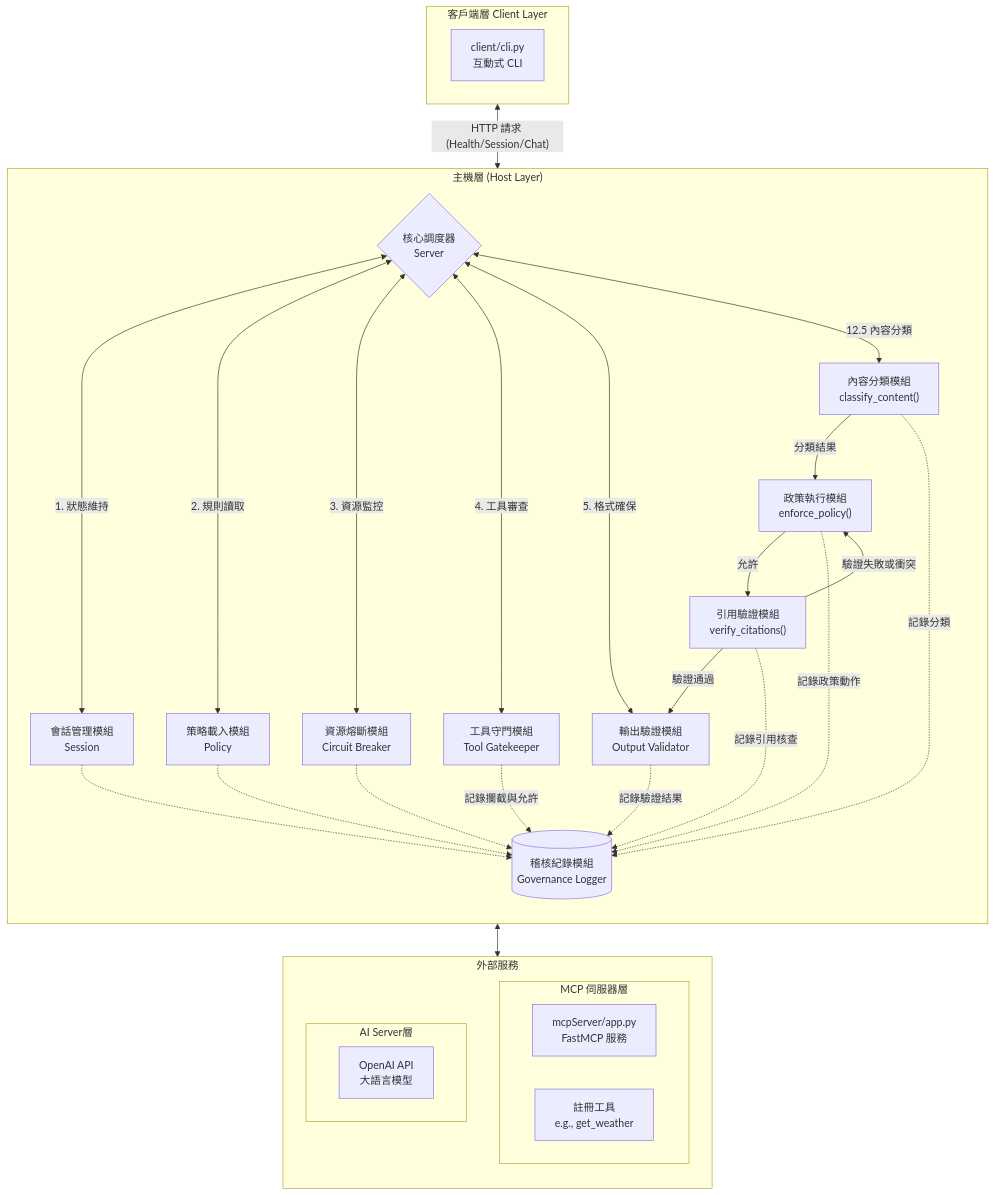
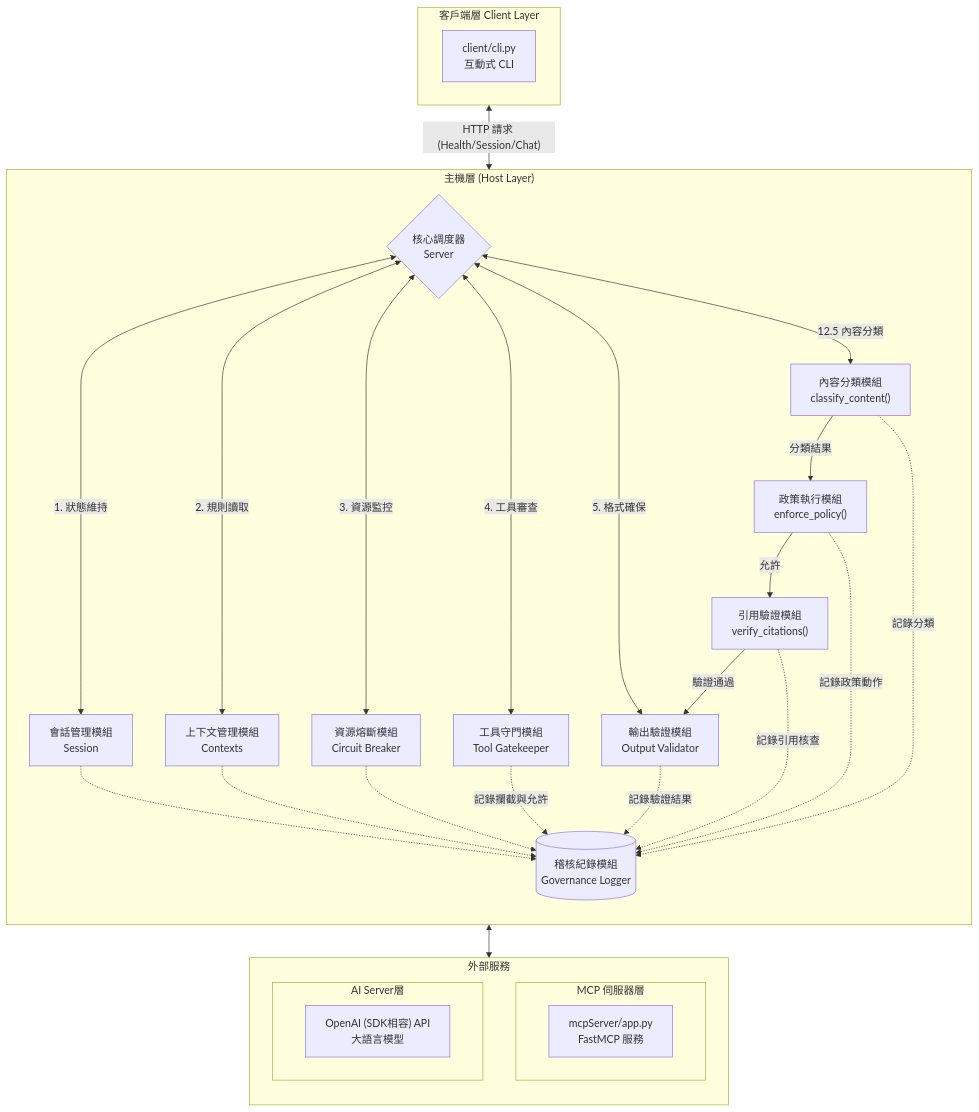
The first of 2 diagrams in README.md (willy1236/cva-midterm-mcp), drawn with Mermaid before and after one commit. The commit also changed other lines of this file and 7 other files, not shown here.

````diff
--- a/README.md
+++ b/README.md
@@ -45,52 +45,50 @@
 ```mermaid
 graph TD
 
     subgraph Client [客戶端層 Client Layer]
         CLI[client/cli.py <br> 互動式 CLI]
     end
 
     subgraph External [外部服務]
         direction TB
         subgraph MCPServer [MCP 伺服器層]
             MCPApp[mcpServer/app.py <br> FastMCP 服務]
-            MCPTool[註冊工具 <br> e.g., get_weather]
         end
 
         subgraph AIServer [AI Server層]
-            OpenAI[OpenAI API <br> 大語言模型]
+            OpenAI["OpenAI (SDK相容) API <br> 大語言模型"]
         end
     end
     subgraph Host ["主機層 (Host Layer)"]
         direction TB
         Server{核心調度器 <br> Server}
 
         %% 平行子模組
         Server <-->|1. 狀態維持| Session[會話管理模組 <br> Session]
-        Server <-->|2. 規則讀取| Policy[策略載入模組 <br> Policy]
+        Server <-->|2. 規則讀取| Contexts[上下文管理模組 <br> Contexts]
         Server <-->|3. 資源監控| Breaker[資源熔斷模組 <br> Circuit Breaker]
         Server <-->|4. 工具審查| Gatekeeper[工具守門模組 <br> Tool Gatekeeper]
         Server <-->|5. 格式確保| Validator[輸出驗證模組 <br> Output Validator]
         %% Module 6: 內容安全與動態政策
         Server <-->|12.5 內容分類| Classifier["內容分類模組 <br> classify_content()"]
         Classifier -->|分類結果| PolicyEnforcer["政策執行模組 <br> enforce_policy()"]
         PolicyEnforcer -->|允許| CitationVerifier["引用驗證模組 <br> verify_citations()"]
         CitationVerifier -->|驗證通過| Validator
-        CitationVerifier -->|驗證失敗或衝突| PolicyEnforcer
 
         Session -.-> Logger
-        Policy -.-> Logger
+        Contexts -.-> Logger
         Breaker -.-> Logger
         Gatekeeper -.->|記錄攔截與允許| Logger
         Validator -.->|記錄驗證結果| Logger
         Classifier -.->|記錄分類| Logger
         PolicyEnforcer -.->|記錄政策動作| Logger
         CitationVerifier -.->|記錄引用核查| Logger
         
         Logger[(稽核紀錄模組 <br> Governance Logger)]
     end
 
 
 
     Client <-- "HTTP 請求 (Health/Session/Chat)" --> Server
     Server <--> External
 ```
````
